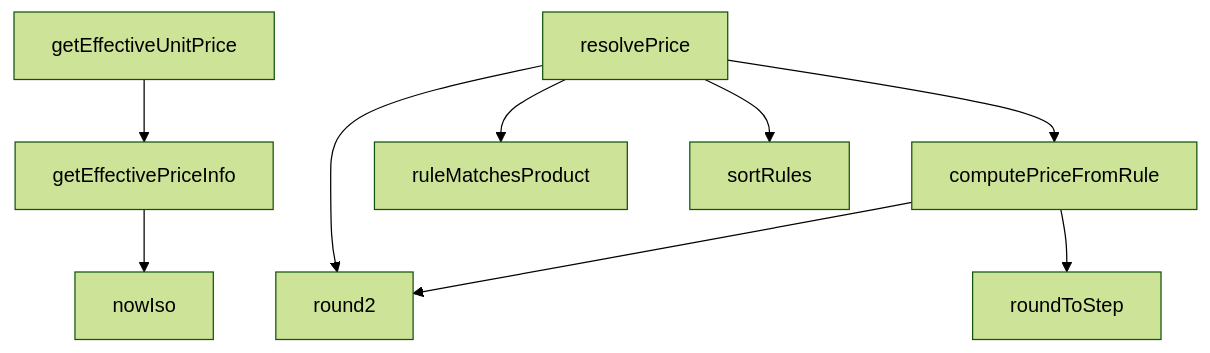
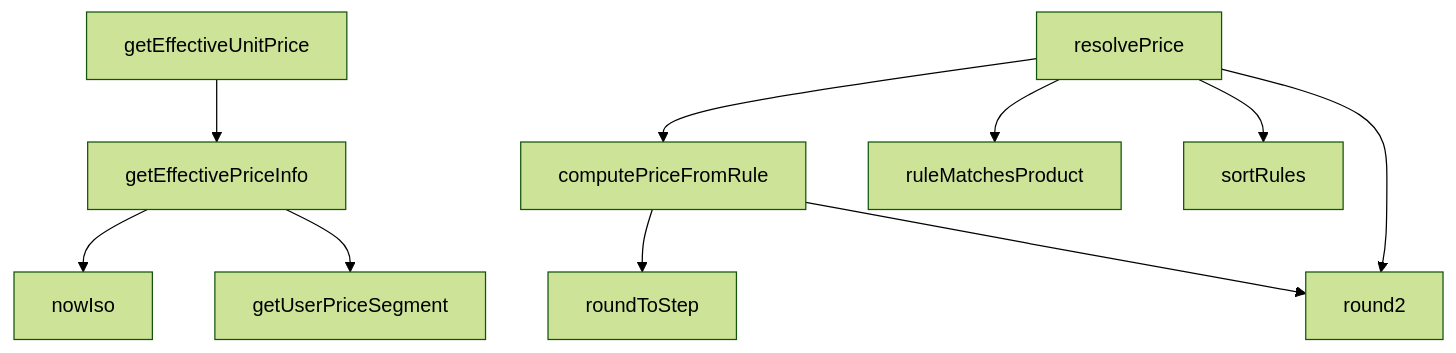
The diagram in src/lib/services/pricing.service.md (peckop/venthub-hvac-esite), drawn with Mermaid (forest theme) before and after one commit. The commit also changed other lines of this file and 5 other files, not shown here.

First line of the commit message:
feat(pricing): W2a cache sözleşmesi + R5 segment RLS + çözücü tek sözleşme (T001-VH)

````diff
--- a/src/lib/services/pricing.service.md
+++ b/src/lib/services/pricing.service.md
@@ -296,20 +309,22 @@
 ```mermaid
 graph TD
     pricing_service_ts__computePriceFromRule["computePriceFromRule"]
     pricing_service_ts__getEffectivePriceInfo["getEffectivePriceInfo"]
     pricing_service_ts__getEffectiveUnitPrice["getEffectiveUnitPrice"]
+    pricing_service_ts__getUserPriceSegment["getUserPriceSegment"]
     pricing_service_ts__nowIso["nowIso"]
     pricing_service_ts__resolvePrice["resolvePrice"]
     pricing_service_ts__round2["round2"]
     pricing_service_ts__roundToStep["roundToStep"]
     pricing_service_ts__ruleMatchesProduct["ruleMatchesProduct"]
     pricing_service_ts__sortRules["sortRules"]
     pricing_service_ts__computePriceFromRule --> pricing_service_ts__roundToStep
+    pricing_service_ts__computePriceFromRule --> pricing_service_ts__round2
+    pricing_service_ts__resolvePrice --> pricing_service_ts__sortRules
+    pricing_service_ts__resolvePrice --> pricing_service_ts__computePriceFromRule
     pricing_service_ts__resolvePrice --> pricing_service_ts__ruleMatchesProduct
-    pricing_service_ts__computePriceFromRule --> pricing_service_ts__round2
+    pricing_service_ts__getEffectivePriceInfo --> pricing_service_ts__nowIso
+    pricing_service_ts__getEffectivePriceInfo --> pricing_service_ts__getUserPriceSegment
+    pricing_service_ts__getEffectiveUnitPrice --> pricing_service_ts__getEffectivePriceInfo
     pricing_service_ts__resolvePrice --> pricing_service_ts__round2
-    pricing_service_ts__getEffectivePriceInfo --> pricing_service_ts__nowIso
-    pricing_service_ts__resolvePrice --> pricing_service_ts__computePriceFromRule
-    pricing_service_ts__resolvePrice --> pricing_service_ts__sortRules
-    pricing_service_ts__getEffectiveUnitPrice --> pricing_service_ts__getEffectivePriceInfo
 ```
````
